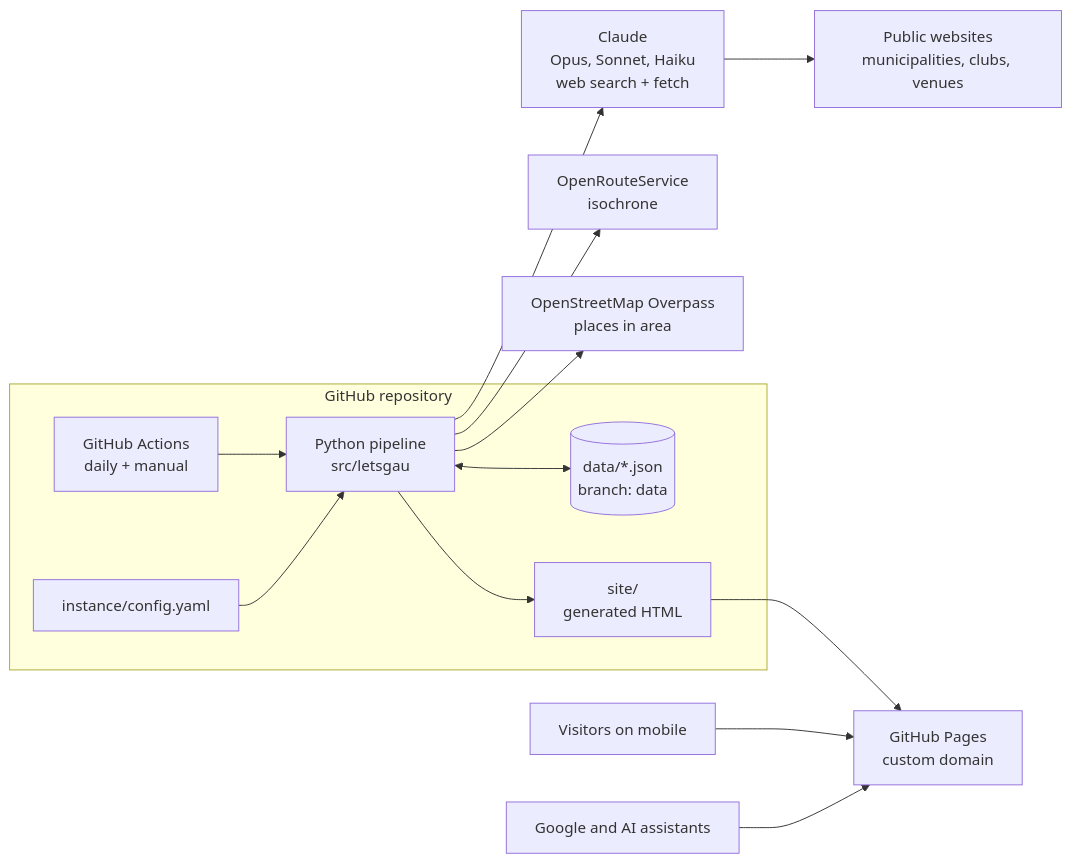
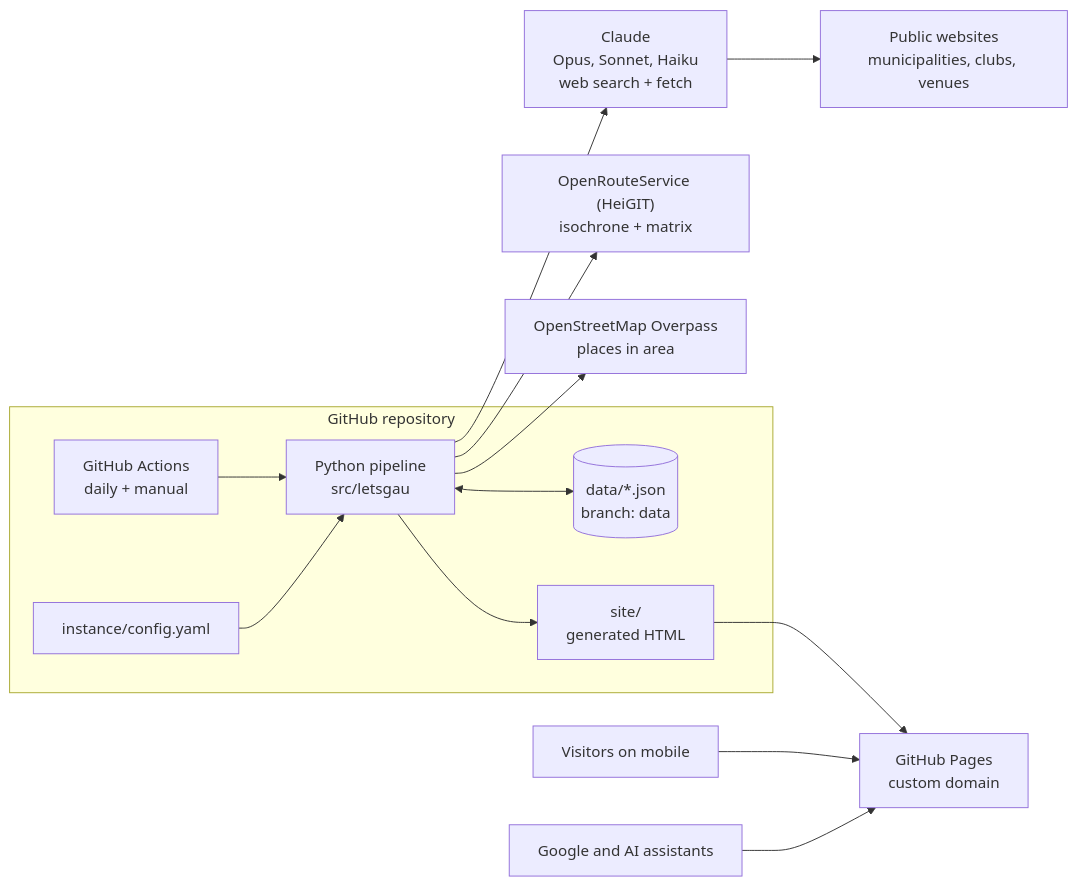
Before and after one commit to mat-los/letsgau: the second of 4 diagrams in docs/ARCHITECTURE.md, drawn with Mermaid. The commit also changed other lines of this file and 19 other files, not shown here.

````diff
--- a/docs/ARCHITECTURE.md
+++ b/docs/ARCHITECTURE.md
@@ -32,28 +32,28 @@
 ```mermaid
 flowchart LR
   subgraph REPO["GitHub repository"]
     CFG["instance/config.yaml"]
     WF["GitHub Actions<br/>daily + manual"]
     PY["Python pipeline<br/>src/letsgau"]
     DATA[("data/*.json<br/>branch: data")]
     SITE["site/<br/>generated HTML"]
   end
-  ORS["OpenRouteService<br/>isochrone"]
+  ORS["OpenRouteService (HeiGIT)<br/>isochrone + matrix"]
   OSM["OpenStreetMap Overpass<br/>places in area"]
   CL["Claude<br/>Opus, Sonnet, Haiku<br/>web search + fetch"]
   WEB["Public websites<br/>municipalities, clubs, venues"]
   PAGES["GitHub Pages<br/>custom domain"]
   U["Visitors on mobile"]
   AI["Google and AI assistants"]
   WF --> PY
   CFG --> PY
   PY <--> DATA
   PY --> ORS
   PY --> OSM
   PY --> CL
   CL --> WEB
   PY --> SITE
   SITE --> PAGES
   U --> PAGES
   AI --> PAGES
 ```
````
